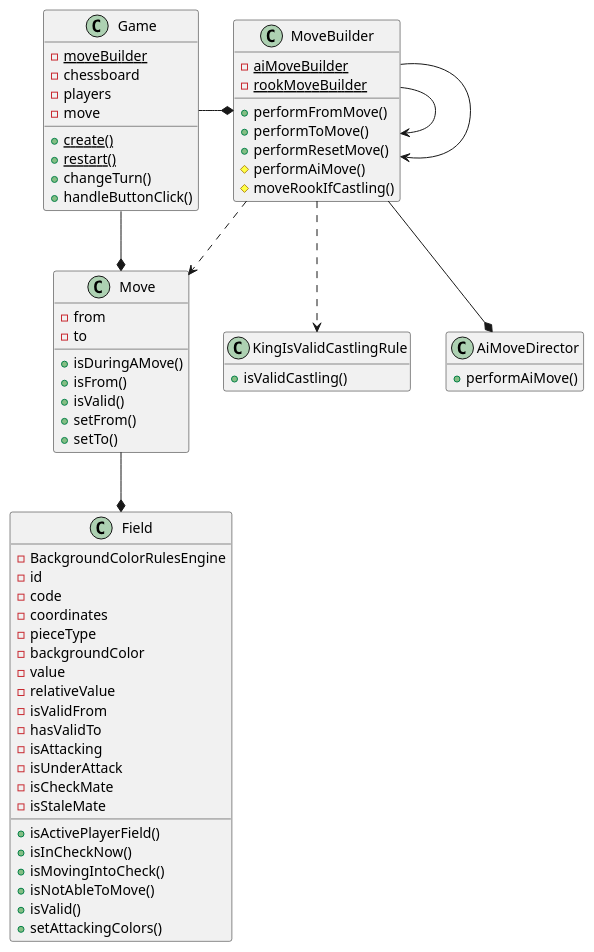
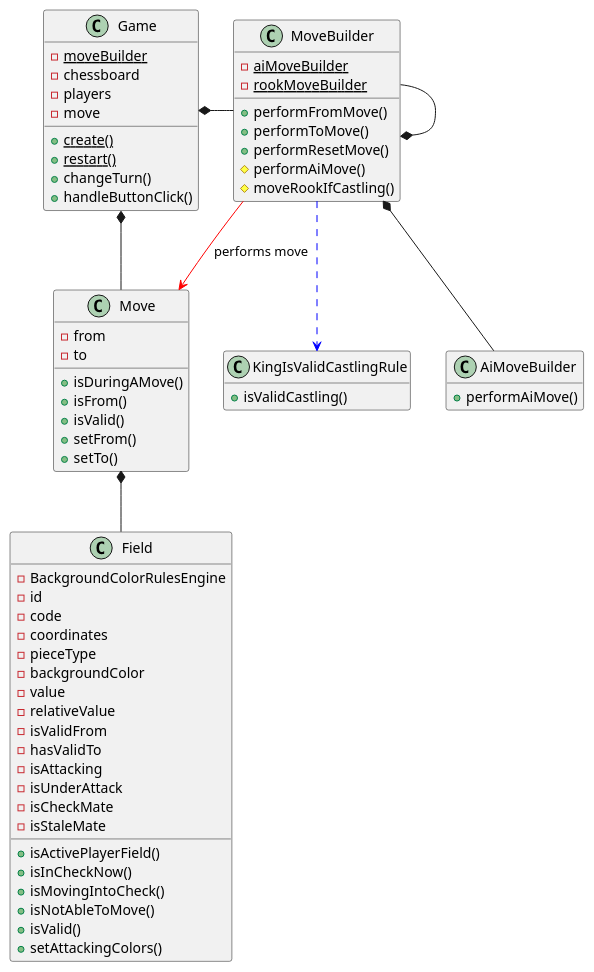
Before and after one commit to tiktaalick/chess-with-database: the diagram in game/src/main/resources/uml/move.puml, drawn with PlantUML. The commit also changed 6 other files, not shown here.

Commit message:
* Added a PlantUML class diagram describing the player package. * Updated the other class diagrams as well.

```diff
--- a/game/src/main/resources/uml/move.puml
+++ b/game/src/main/resources/uml/move.puml
@@ -1,85 +1,84 @@
 @startuml
 
 '--------------'
 'Hidden members'
 '--------------'
 hide empty members
 
 '----'
 'Move'
 '----'
 class MoveBuilder {
     - {static} aiMoveBuilder
     - {static} rookMoveBuilder
     + performFromMove()
     + performToMove()
     + performResetMove()
     # performAiMove()
     # moveRookIfCastling()
 }
 
 class Move {
     - from
     - to
     + isDuringAMove()
     + isFrom()
     + isValid()
     + setFrom()
     + setTo()
 }
 
 class Game {
     - {static} moveBuilder
     - chessboard
     - players
     - move
     + {static} create()
     + {static} restart()
     + changeTurn()
     + handleButtonClick()
 }
 
 class KingIsValidCastlingRule {
     + isValidCastling()
 }
 
-class AiMoveDirector {
+class AiMoveBuilder {
     + performAiMove()
 }
 
 class Field {
     - BackgroundColorRulesEngine
     - id
     - code
     - coordinates
     - pieceType
     - backgroundColor
     - value
     - relativeValue
     - isValidFrom
     - hasValidTo
     - isAttacking
     - isUnderAttack
     - isCheckMate
     - isStaleMate
     + isActivePlayerField()
     + isInCheckNow()
     + isMovingIntoCheck()
     + isNotAbleToMove()
     + isValid()
     + setAttackingColors()
 }
 
 '---------'
 'Relations'
 '---------'
-Game --* Move
-Game -right-* MoveBuilder
-MoveBuilder ..> KingIsValidCastlingRule
-MoveBuilder --> MoveBuilder
-MoveBuilder --> MoveBuilder
-MoveBuilder -down-* AiMoveDirector
-MoveBuilder ..> Move
-Move --* Field
+Game *-- Move
+Game *-right- MoveBuilder
+MoveBuilder .[#blue].> KingIsValidCastlingRule
+MoveBuilder --* MoveBuilder
+MoveBuilder *-down- AiMoveBuilder
+MoveBuilder -[#red]-> Move : performs move
+Move *-- Field
 
 @enduml
```
